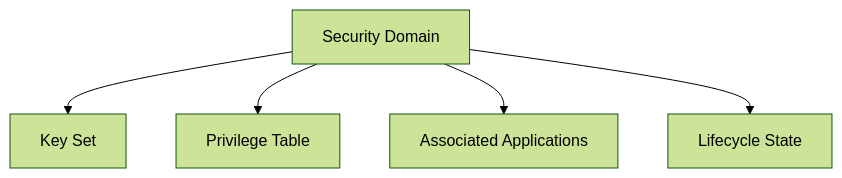
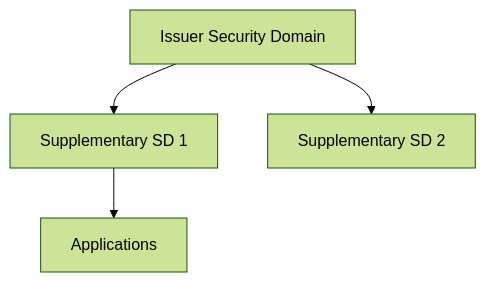
The first of 2 diagrams in 07_Security_Domains_and_Privileges.md (HoangDuyTuan/GPCS-Presentation), drawn with Mermaid (forest theme) before and after one commit. The commit also changed other lines of this file, not shown here.

````diff
--- a/07_Security_Domains_and_Privileges.md
+++ b/07_Security_Domains_and_Privileges.md
@@ -34,7 +29,6 @@
 ```mermaid
 graph TD
-  SD[Security Domain] --> Keys[Key Set]
-  SD --> Privs[Privilege Table]
-  SD --> Apps[Associated Applications]
-  SD --> State[Lifecycle State]
+  ISD[Issuer Security Domain] --> SSD1[Supplementary SD 1]
+  ISD --> SSD2[Supplementary SD 2]
+  SSD1 --> Apps[Applications]
 ```
````
